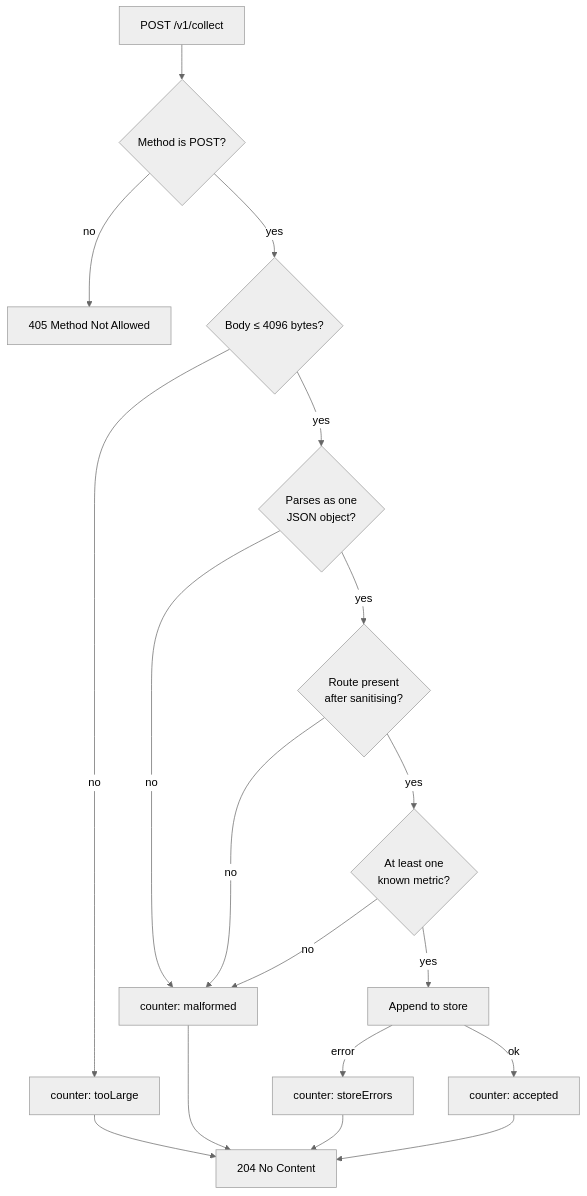
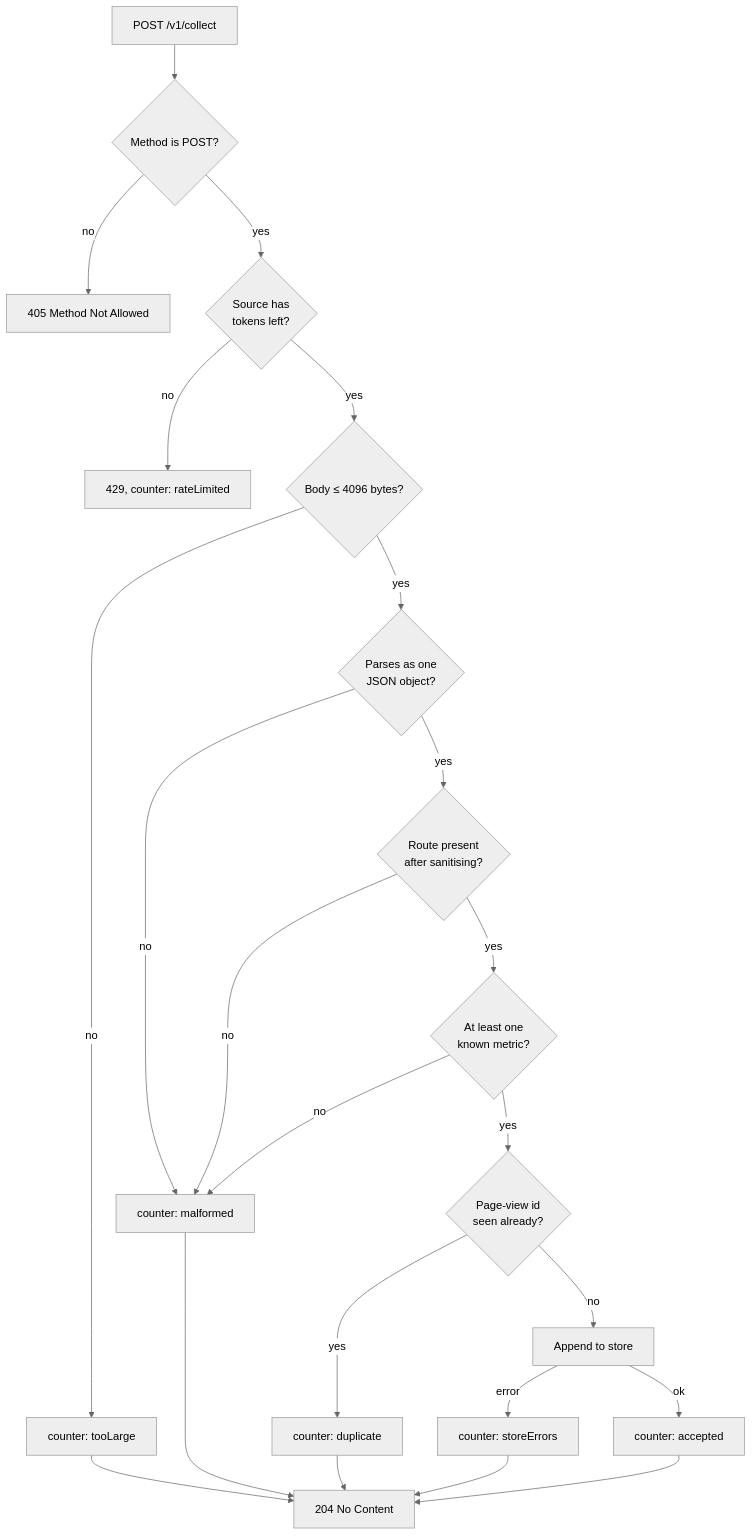
Before and after one commit to ikeshavvarshney/vitals: the sixth of 6 diagrams in docs/architecture.md, drawn with Mermaid (neutral theme). The commit also changed other lines of this file and 6 other files, not shown here.

````diff
--- a/docs/architecture.md
+++ b/docs/architecture.md
@@ -203,21 +206,26 @@
 ```mermaid
 flowchart TD
     start["POST /v1/collect"] --> method{"Method is POST?"}
     method -- no --> m405["405 Method Not Allowed"]
-    method -- yes --> size{"Body ≤ 4096 bytes?"}
+    method -- yes --> rate{"Source has<br/>tokens left?"}
+    rate -- no --> r429["429, counter: rateLimited"]
+    rate -- yes --> size{"Body ≤ 4096 bytes?"}
     size -- no --> ctooLarge["counter: tooLarge"]
     size -- yes --> parse{"Parses as one<br/>JSON object?"}
     parse -- no --> cmal["counter: malformed"]
     parse -- yes --> route{"Route present<br/>after sanitising?"}
     route -- no --> cmal
     route -- yes --> metrics{"At least one<br/>known metric?"}
     metrics -- no --> cmal
-    metrics -- yes --> append["Append to store"]
+    metrics -- yes --> dupe{"Page-view id<br/>seen already?"}
+    dupe -- yes --> cdup["counter: duplicate"]
+    dupe -- no --> append["Append to store"]
     append -- error --> cerr["counter: storeErrors"]
     append -- ok --> cok["counter: accepted"]
 
     ctooLarge --> r204["204 No Content"]
     cmal --> r204
+    cdup --> r204
     cerr --> r204
     cok --> r204
 ```
````
